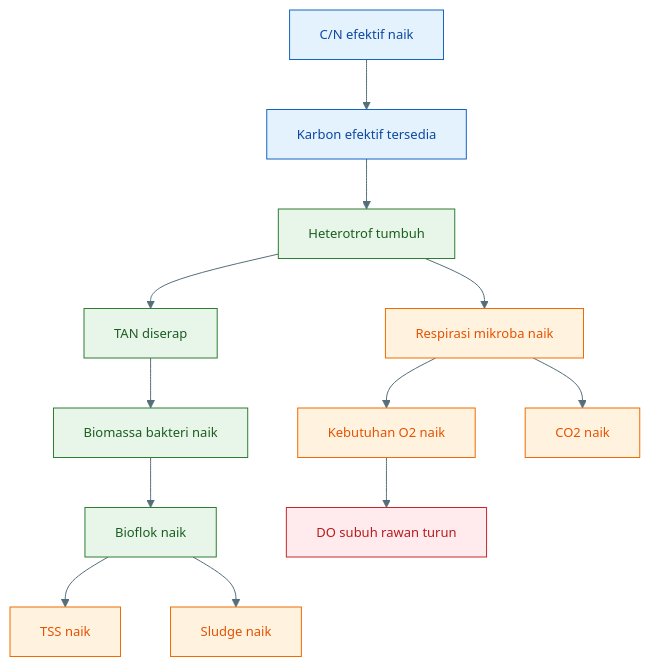
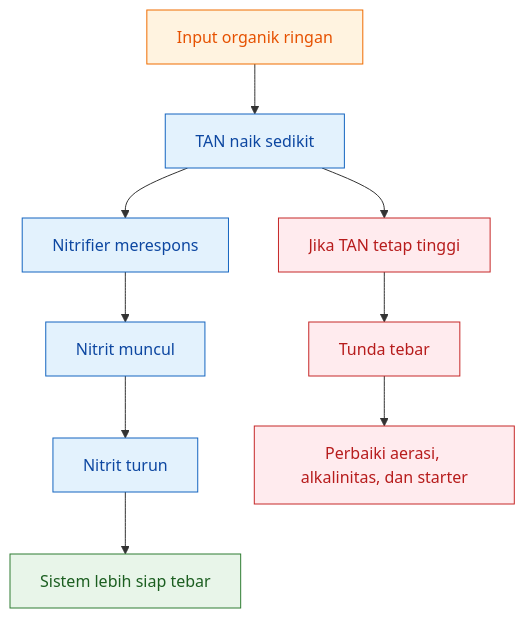
Diagram 15 of 22 in content/blog/agri/perikanan/ratio-cn-rendah-biflok.mdx (slametsampon/kawruhnology), drawn with Mermaid before and after one commit. The commit also changed other lines of this file, not shown here.

````diff
--- a/content/blog/agri/perikanan/ratio-cn-rendah-biflok.mdx
+++ b/content/blog/agri/perikanan/ratio-cn-rendah-biflok.mdx
@@ -2853,38 +1846,22 @@
-```mermaid id="cn-efektif-heterotrof-oksigen"
-%%{init: {'theme':'base','themeVariables':{
-'primaryColor':'#E3F2FD',
-'primaryTextColor':'#0D47A1',
-'primaryBorderColor':'#1565C0',
-'secondaryColor':'#E8F5E9',
-'secondaryTextColor':'#1B5E20',
-'secondaryBorderColor':'#2E7D32',
-'tertiaryColor':'#FFF3E0',
-'tertiaryTextColor':'#E65100',
-'tertiaryBorderColor':'#EF6C00',
-'lineColor':'#546E7A',
-'fontSize':'13px'
-}}}%%
+```mermaid id="uuztg5"
 flowchart TD
-    A["C/N efektif naik"] --> B["Karbon efektif tersedia"]
-    B --> C["Heterotrof tumbuh"]
-    C --> D["TAN diserap"]
-    D --> E["Biomassa bakteri naik"]
-    E --> F["Bioflok naik"]
-    F --> G["TSS naik"]
-    F --> H["Sludge naik"]
+    A["Input organik ringan"] --> B["TAN naik sedikit"]
+    B --> C["Nitrifier merespons"]
+    C --> D["Nitrit muncul"]
+    D --> E["Nitrit turun"]
+    E --> F["Sistem lebih siap tebar"]
 
-    C --> I["Respirasi mikroba naik"]
-    I --> J["Kebutuhan O2 naik"]
-    J --> K["DO subuh rawan turun"]
-    I --> L["CO2 naik"]
+    B --> G["Jika TAN tetap tinggi"]
+    G --> H["Tunda tebar"]
+    H --> I["Perbaiki aerasi, alkalinitas, dan starter"]
 
-    classDef cn fill:#E3F2FD,stroke:#1565C0,color:#0D47A1;
-    classDef mikroba fill:#E8F5E9,stroke:#2E7D32,color:#1B5E20;
-    classDef risiko fill:#FFF3E0,stroke:#EF6C00,color:#E65100;
-    classDef bahaya fill:#FFEBEE,stroke:#C62828,color:#B71C1C;
+    classDef input fill:#fff3e0,stroke:#ef6c00,color:#e65100;
+    classDef process fill:#e3f2fd,stroke:#1565c0,color:#0d47a1;
+    classDef ready fill:#e8f5e9,stroke:#2e7d32,color:#1b5e20;
+    classDef risk fill:#ffebee,stroke:#c62828,color:#b71c1c;
 
-    class A,B cn;
-    class C,D,E,F mikroba;
-    class G,H,I,J,L risiko;
-    class K bahaya;
+    class A input;
+    class B,C,D,E process;
+    class F ready;
+    class G,H,I risk;
 ```
````
